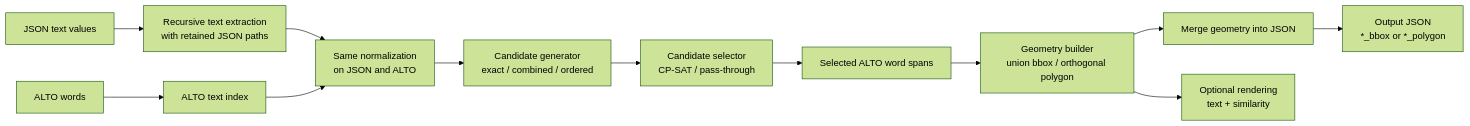
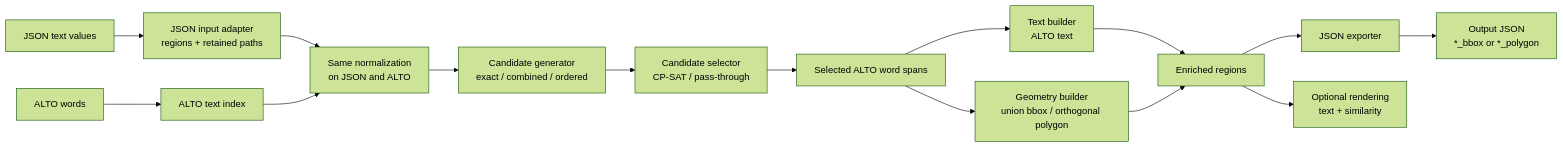
Before and after one commit to DCGM/text-geometry-aligner: the first of 2 diagrams in README.md, drawn with Mermaid (forest theme). The commit also changed other lines of this file and 46 other files, not shown here.

Commit message:
Add YOLO support, unite text and geometry alignment pipelines to one internal representation.

````diff
--- a/README.md
+++ b/README.md
@@ -44,14 +74,17 @@
 ```mermaid
 flowchart LR
-    J["JSON text values"] --> JE["Recursive text extraction<br/>with retained JSON paths"]
+    J["JSON text values"] --> JE["JSON input adapter<br/>regions + retained paths"]
     A["ALTO words"] --> AI["ALTO text index"]
     JE --> N["Same normalization<br/>on JSON and ALTO"]
     AI --> N
     N --> CG["Candidate generator<br/>exact / combined / ordered"]
     CG --> CS["Candidate selector<br/>CP-SAT / pass-through"]
     CS --> MW["Selected ALTO word spans"]
+    MW --> TB["Text builder<br/>ALTO text"]
     MW --> GB["Geometry builder<br/>union bbox / orthogonal polygon"]
-    GB --> JM["Merge geometry into JSON"]
+    TB --> M["Enriched regions"]
+    GB --> M
+    M --> JM["JSON exporter"]
     JM --> O["Output JSON<br/>*_bbox or *_polygon"]
-    GB --> R["Optional rendering<br/>text + similarity"]
+    M --> R["Optional rendering<br/>text + similarity"]
 ```
````
